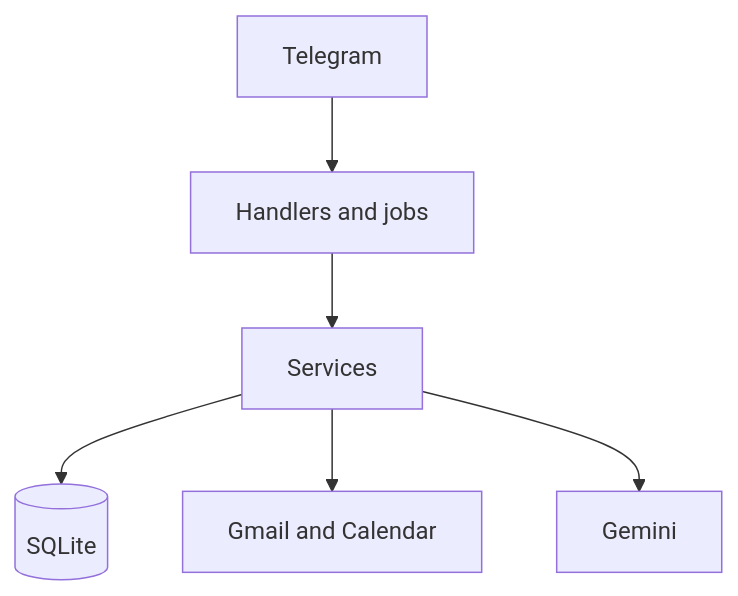
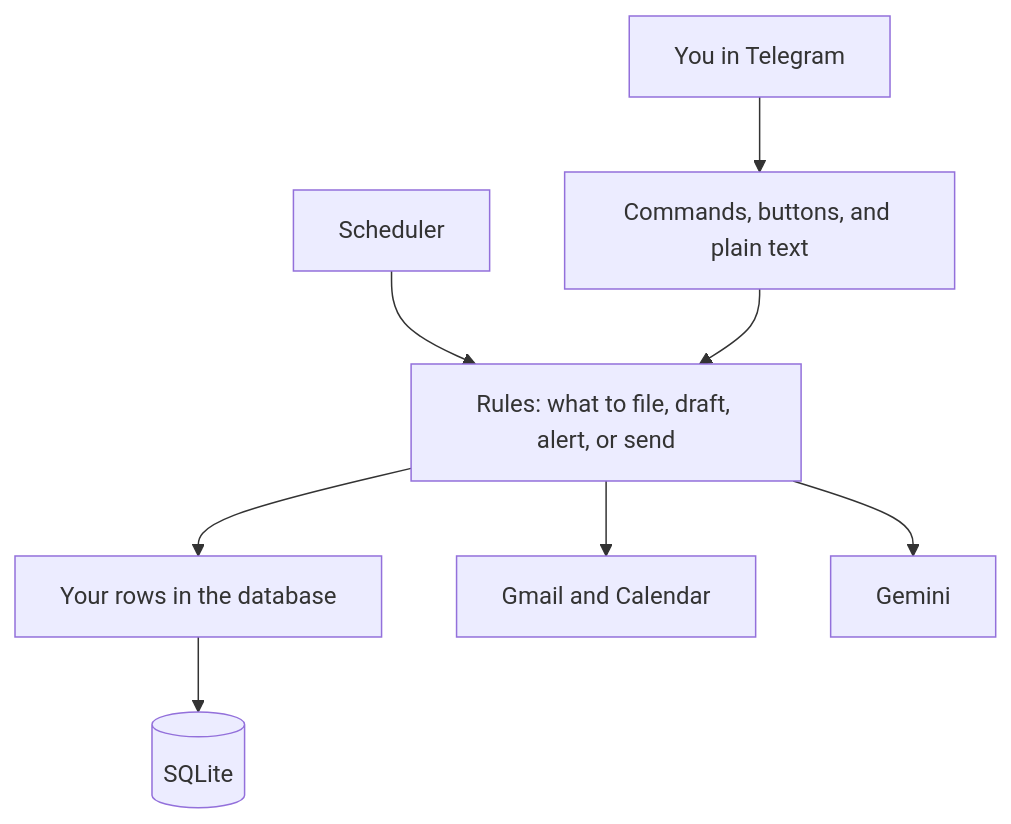
The second of 2 diagrams in executive-agent/README.md (krishnakeshab-banik/telegram_mail_agent), drawn with Mermaid before and after one commit. The commit also changed other lines of this file and 109 other files, not shown here.

````diff
--- a/executive-agent/README.md
+++ b/executive-agent/README.md
@@ -20,8 +164,10 @@
 ```mermaid
 flowchart TD
-    telegram[Telegram] --> handlers[Handlers and jobs]
-    handlers --> services[Services]
-    services --> db[(SQLite)]
+    you[You in Telegram] --> handlers[Commands, buttons, and plain text]
+    clock[Scheduler] --> services[Rules: what to file, draft, alert, or send]
+    handlers --> services
+    services --> store[Your rows in the database]
     services --> google[Gmail and Calendar]
     services --> gemini[Gemini]
+    store --> sqlite[(SQLite)]
 ```
````
